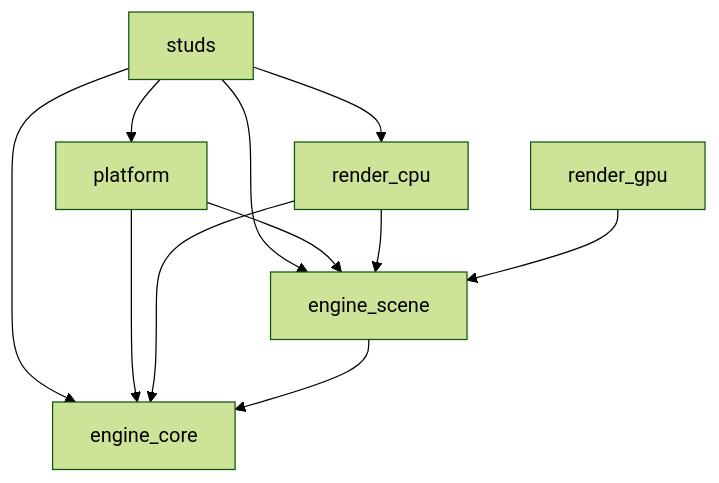
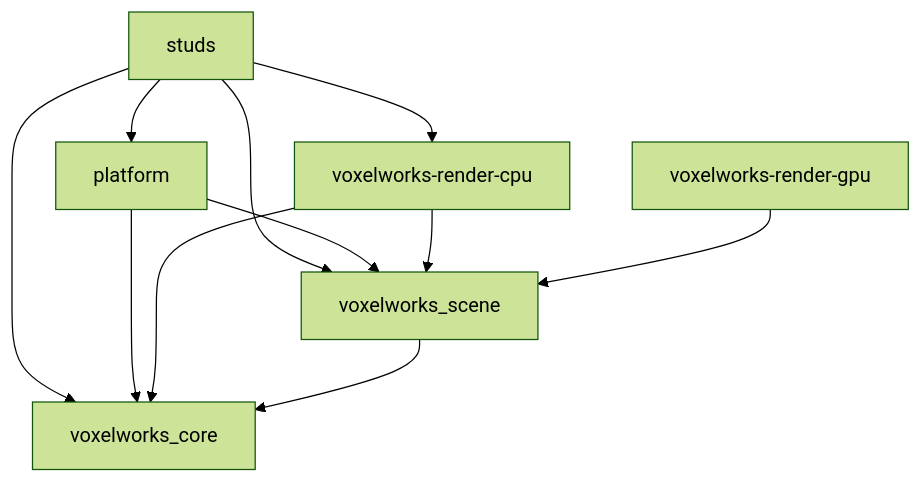
One commit to ibrahimMohamed124/ribbon_engine changed the diagram in ARCHITECTURE.md. Above: the diagram before and after it, drawn with Mermaid (forest theme). The commit also changed other lines of this file and 215 other files, not shown here.

````diff
--- a/ARCHITECTURE.md
+++ b/ARCHITECTURE.md
@@ -14,13 +14,13 @@
 ```mermaid
 graph TD
   studs --> platform
-  studs --> render_cpu
-  studs --> engine_scene
-  studs --> engine_core
-  platform --> engine_scene
-  platform --> engine_core
-  render_cpu --> engine_scene
-  render_cpu --> engine_core
-  engine_scene --> engine_core
-  render_gpu --> engine_scene
+  studs --> voxelworks-render-cpu
+  studs --> voxelworks_scene
+  studs --> voxelworks_core
+  platform --> voxelworks_scene
+  platform --> voxelworks_core
+  voxelworks-render-cpu --> voxelworks_scene
+  voxelworks-render-cpu --> voxelworks_core
+  voxelworks_scene --> voxelworks_core
+  voxelworks-render-gpu --> voxelworks_scene
 ```
````
